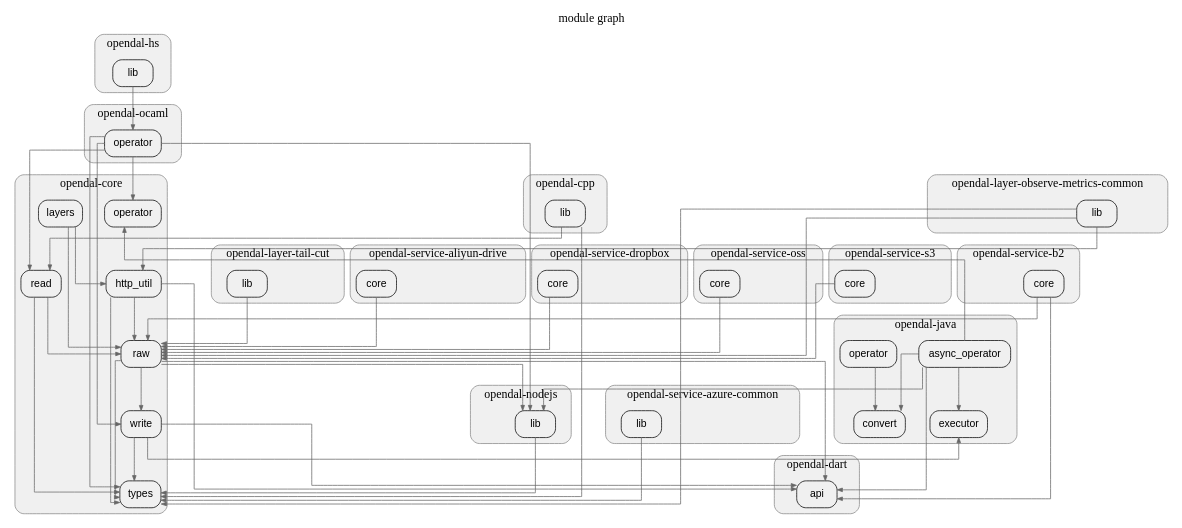
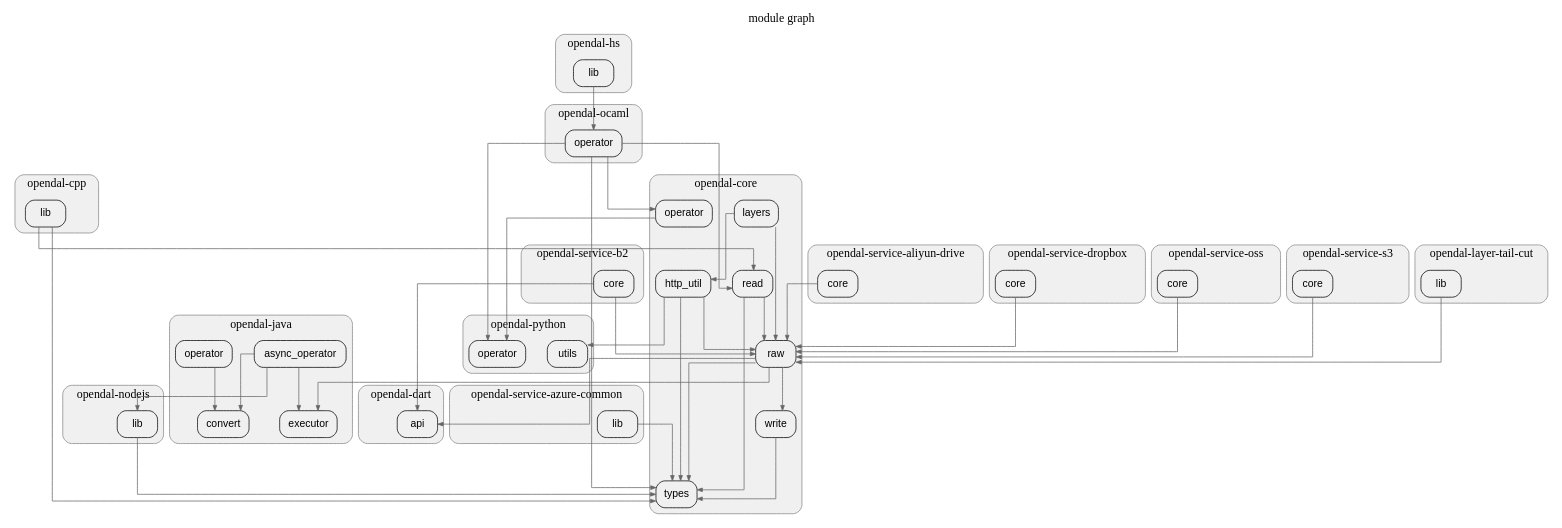
One commit to allenanswerzq/llmcc changed the diagram in sample/opendal-pagerank/depth_2_module.dot. Above: the diagram before and after it, drawn with Graphviz. The commit also changed 215 other files, not shown here.

```diff
--- a/sample/opendal-pagerank/depth_2_module.dot
+++ b/sample/opendal-pagerank/depth_2_module.dot
@@ -73,16 +73,6 @@
     mod_opendal_java_operator[label="operator"];
   }
 
-  subgraph cluster_opendal_layer_observe_metrics_common {
-    label="opendal-layer-observe-metrics-common";
-    style=rounded;
-    color="#888888";
-    bgcolor="#f0f0f0";
-    fontname="Helvetica Bold";
-
-    mod_opendal_layer_observe_metrics_common_lib[label="lib"];
-  }
-
   subgraph cluster_opendal_layer_tail_cut {
     label="opendal-layer-tail-cut";
     style=rounded;
@@ -111,6 +101,17 @@
     fontname="Helvetica Bold";
 
     mod_opendal_ocaml_operator[label="operator"];
+  }
+
+  subgraph cluster_opendal_python {
+    label="opendal-python";
+    style=rounded;
+    color="#888888";
+    bgcolor="#f0f0f0";
+    fontname="Helvetica Bold";
+
+    mod_opendal_python_operator[label="operator"];
+    mod_opendal_python_utils[label="utils"];
   }
 
   subgraph cluster_opendal_service_aliyun_drive {
@@ -176,37 +177,30 @@
 
   mod_opendal_core_http_util -> mod_opendal_core_raw;
   mod_opendal_core_http_util -> mod_opendal_core_types;
-  mod_opendal_core_http_util -> mod_opendal_dart_api;
+  mod_opendal_core_http_util -> mod_opendal_python_utils;
   mod_opendal_core_layers -> mod_opendal_core_http_util;
   mod_opendal_core_layers -> mod_opendal_core_raw;
+  mod_opendal_core_operator -> mod_opendal_python_operator;
   mod_opendal_core_raw -> mod_opendal_core_types;
   mod_opendal_core_raw -> mod_opendal_core_write;
   mod_opendal_core_raw -> mod_opendal_dart_api;
-  mod_opendal_core_raw -> mod_opendal_nodejs_lib;
+  mod_opendal_core_raw -> mod_opendal_java_executor;
   mod_opendal_core_read -> mod_opendal_core_raw;
   mod_opendal_core_read -> mod_opendal_core_types;
   mod_opendal_core_write -> mod_opendal_core_types;
-  mod_opendal_core_write -> mod_opendal_dart_api;
-  mod_opendal_core_write -> mod_opendal_java_executor;
   mod_opendal_cpp_lib -> mod_opendal_core_read;
   mod_opendal_cpp_lib -> mod_opendal_core_types;
   mod_opendal_hs_lib -> mod_opendal_ocaml_operator;
-  mod_opendal_java_async_operator -> mod_opendal_core_operator;
-  mod_opendal_java_async_operator -> mod_opendal_dart_api;
   mod_opendal_java_async_operator -> mod_opendal_java_convert;
   mod_opendal_java_async_operator -> mod_opendal_java_executor;
   mod_opendal_java_async_operator -> mod_opendal_nodejs_lib;
   mod_opendal_java_operator -> mod_opendal_java_convert;
-  mod_opendal_layer_observe_metrics_common_lib -> mod_opendal_core_http_util;
-  mod_opendal_layer_observe_metrics_common_lib -> mod_opendal_core_raw;
-  mod_opendal_layer_observe_metrics_common_lib -> mod_opendal_core_types;
   mod_opendal_layer_tail_cut_lib -> mod_opendal_core_raw;
   mod_opendal_nodejs_lib -> mod_opendal_core_types;
   mod_opendal_ocaml_operator -> mod_opendal_core_operator;
   mod_opendal_ocaml_operator -> mod_opendal_core_read;
   mod_opendal_ocaml_operator -> mod_opendal_core_types;
-  mod_opendal_ocaml_operator -> mod_opendal_core_write;
-  mod_opendal_ocaml_operator -> mod_opendal_nodejs_lib;
+  mod_opendal_ocaml_operator -> mod_opendal_python_operator;
   mod_opendal_service_aliyun_drive_core -> mod_opendal_core_raw;
   mod_opendal_service_azure_common_lib -> mod_opendal_core_types;
   mod_opendal_service_b2_core -> mod_opendal_core_raw;
```
